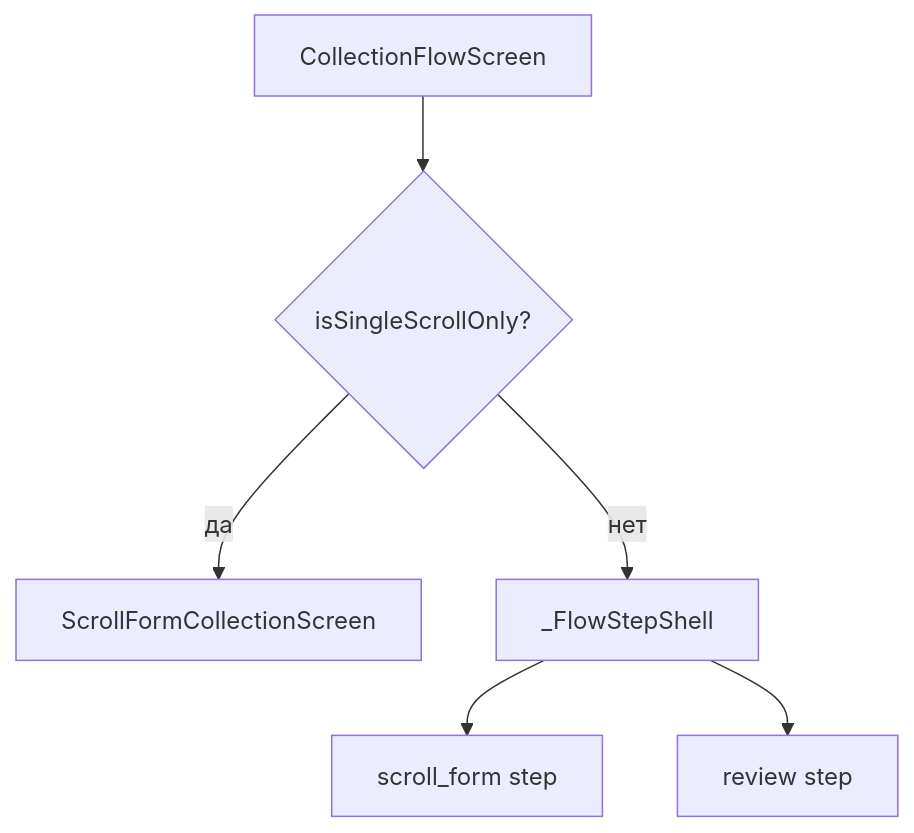
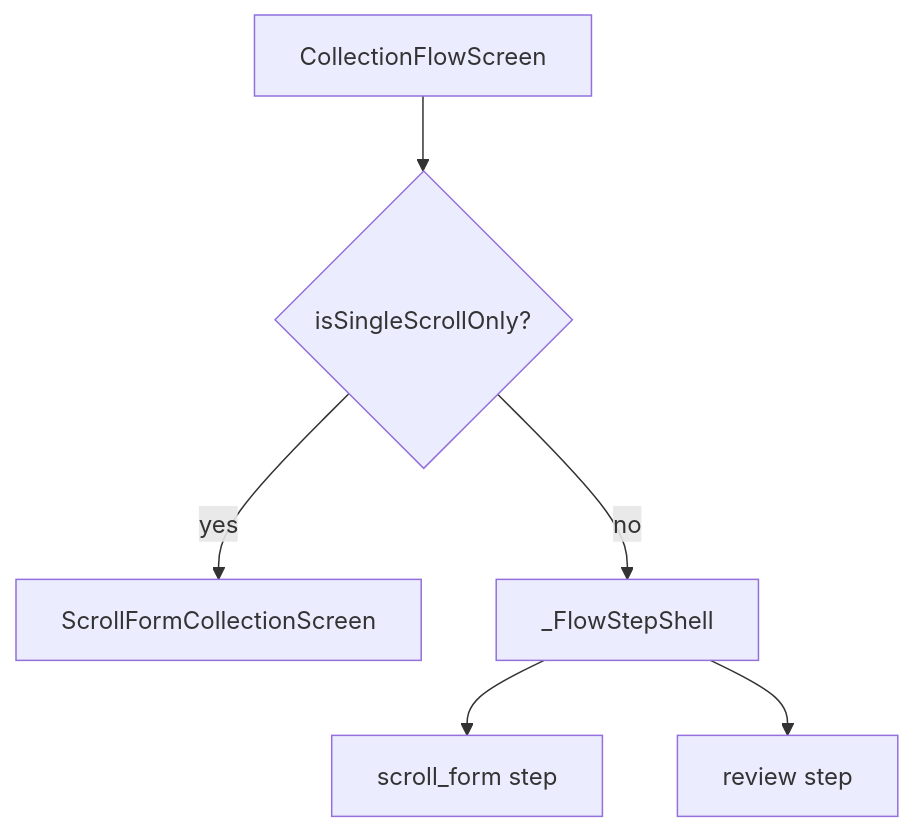
One commit to epoch8/data-collector changed the second of 2 diagrams in specs/config/json-driven-collection-ui.md. Above: the diagram before and after it, drawn with Mermaid. The commit also changed other lines of this file and 50 other files, not shown here.

````diff
--- a/specs/config/json-driven-collection-ui.md
+++ b/specs/config/json-driven-collection-ui.md
@@ -93,8 +95,8 @@
 ```mermaid
 flowchart TD
   A[CollectionFlowScreen] --> B{isSingleScrollOnly?}
-  B -->|да| S[ScrollFormCollectionScreen]
-  B -->|нет| W[_FlowStepShell]
+  B -->|yes| S[ScrollFormCollectionScreen]
+  B -->|no| W[_FlowStepShell]
   W --> SF[scroll_form step]
   W --> RV[review step]
 ```
````
